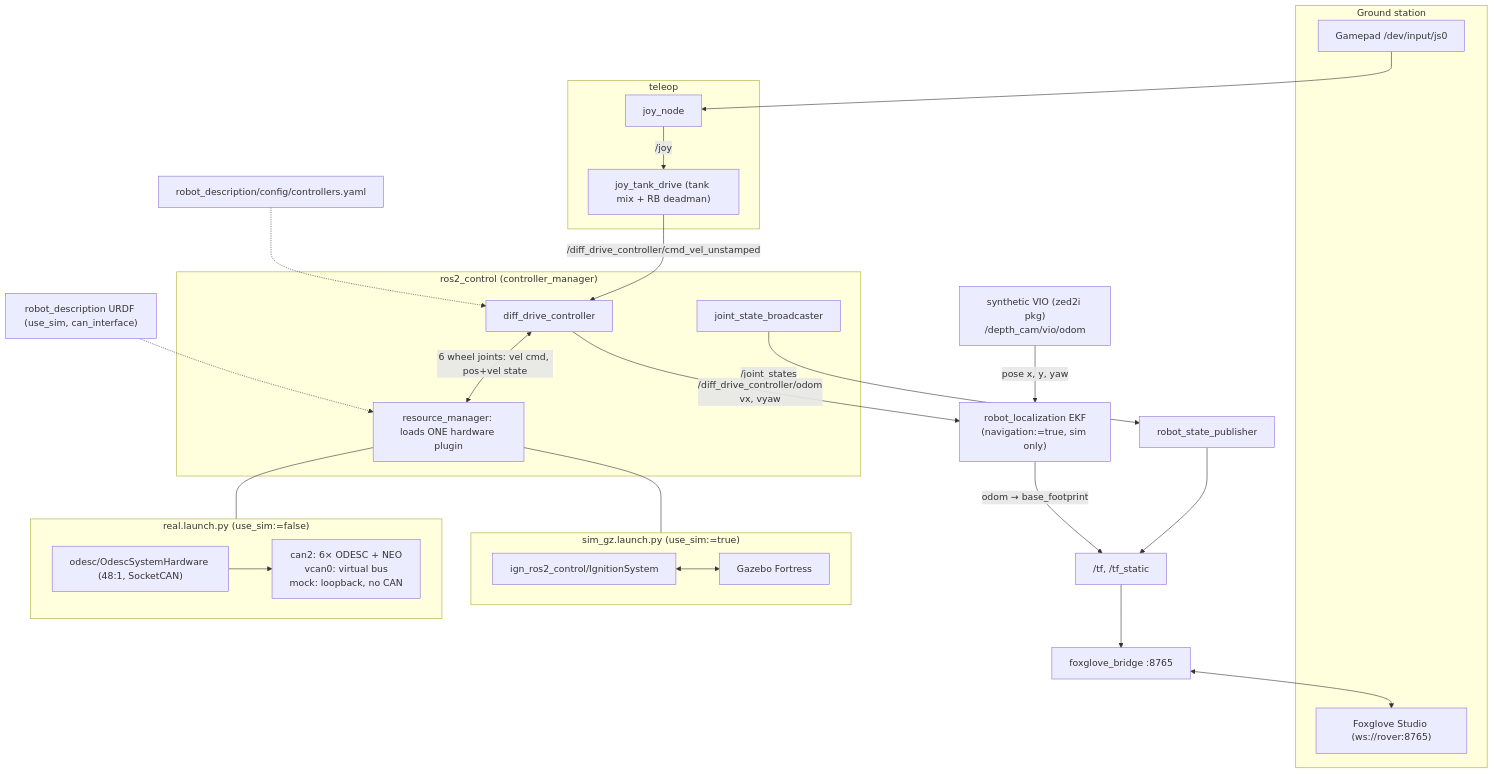
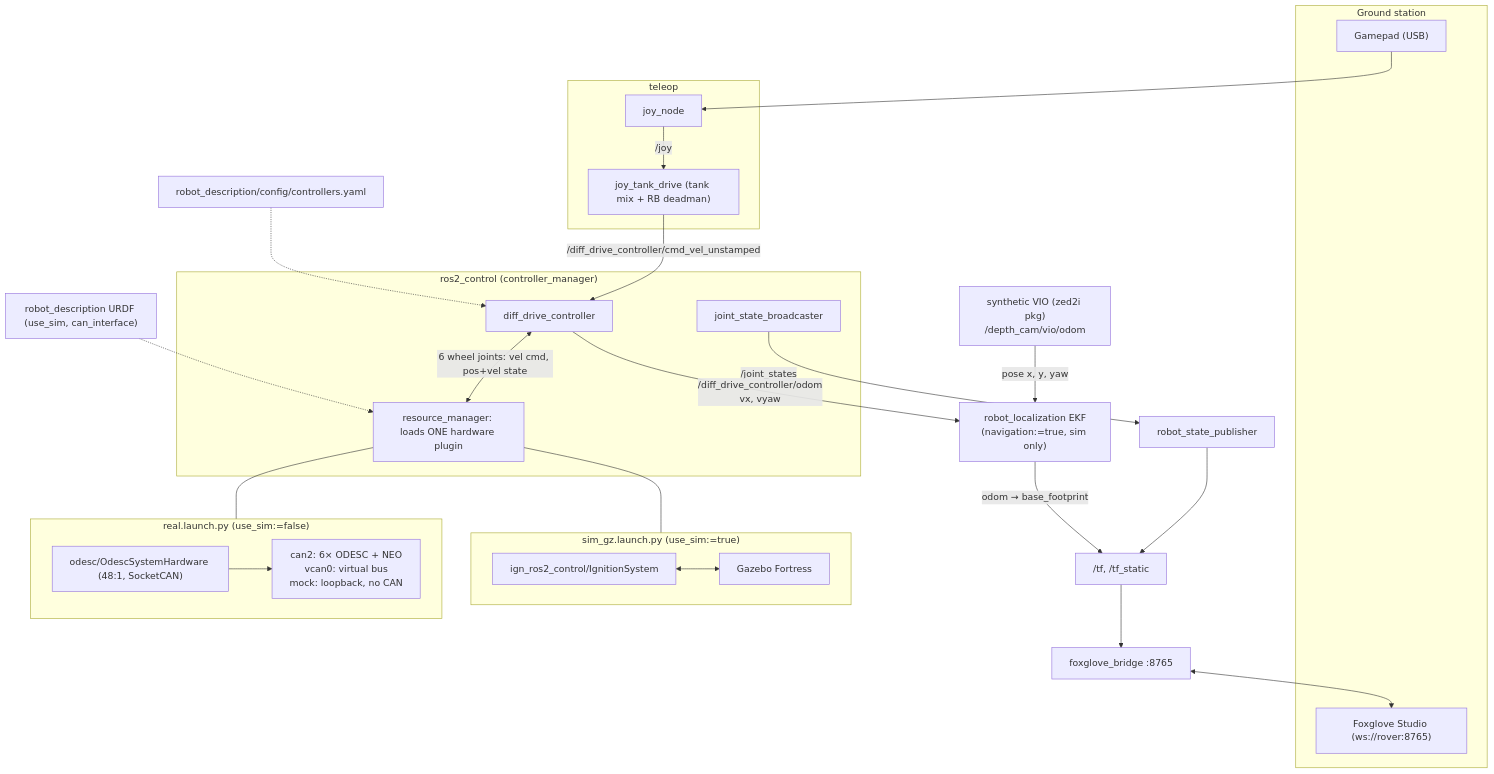
The diagram in docs/architecture.md (BILLEE-BroncoSTAR/billee-software-2027), drawn with Mermaid before and after one commit. The commit also changed 4 other files, not shown here.

````diff
--- a/docs/architecture.md
+++ b/docs/architecture.md
@@ -7,39 +7,39 @@
 ```mermaid
 flowchart TB
     subgraph OP["Ground station"]
-        PAD["Gamepad /dev/input/js0"]
+        PAD["Gamepad (USB)"]
         FGS["Foxglove Studio (ws://rover:8765)"]
     end
 
     subgraph TELE["teleop"]
         JOY["joy_node"]
         TANK["joy_tank_drive (tank mix + RB deadman)"]
     end
     PAD --> JOY -->|"/joy"| TANK
     TANK -->|"/diff_drive_controller/cmd_vel_unstamped"| DDC
 
     subgraph CTRL["ros2_control (controller_manager)"]
         DDC["diff_drive_controller"]
         JSB["joint_state_broadcaster"]
         RM["resource_manager: loads ONE hardware plugin"]
         DDC <-->|"6 wheel joints: vel cmd, pos+vel state"| RM
     end
     CFG["robot_description/config/controllers.yaml"] -.-> DDC
     URDF["robot_description URDF (use_sim, can_interface)"] -.-> RM
 
     subgraph SIMB["sim_gz.launch.py (use_sim:=true)"]
         IGN["ign_ros2_control/IgnitionSystem"] <--> GZ["Gazebo Fortress"]
     end
     subgraph REALB["real.launch.py (use_sim:=false)"]
         ODESC["odesc/OdescSystemHardware (48:1, SocketCAN)"]
         ODESC --> CAN["can2: 6× ODESC + NEO<br/>vcan0: virtual bus<br/>mock: loopback, no CAN"]
     end
     RM --- SIMB
     RM --- REALB
 
     JSB -->|"/joint_states"| RSP["robot_state_publisher"] --> TF["/tf, /tf_static"]
     VIO["synthetic VIO (zed2i pkg)<br/>/depth_cam/vio/odom"] -->|"pose x, y, yaw"| EKF["robot_localization EKF<br/>(navigation:=true, sim only)"]
     DDC -->|"/diff_drive_controller/odom<br/>vx, vyaw"| EKF
     EKF -->|"odom → base_footprint"| TF
     TF --> FB["foxglove_bridge :8765"] <--> FGS
 ```
````
